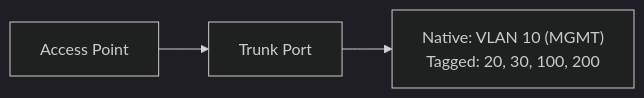
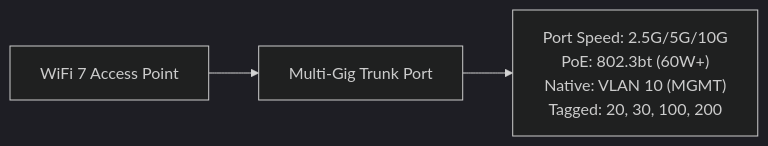
One commit to NewOrleansITI/networkstandards changed the fourth of 7 diagrams in docs/ethernet/port-configurations.md. Above: the diagram before and after it, drawn with Mermaid (dark theme). The commit also changed other lines of this file and 4 other files, not shown here.

````diff
--- a/docs/ethernet/port-configurations.md
+++ b/docs/ethernet/port-configurations.md
@@ -197,5 +202,5 @@
 ```mermaid
 flowchart LR
-    AP[Access Point] --> TRUNK[Trunk Port]
-    TRUNK --> VLANS["Native: VLAN 10 (MGMT)<br/>Tagged: 20, 30, 100, 200"]
+    AP[WiFi 7 Access Point] --> PORT[Multi-Gig Trunk Port]
+    PORT --> CONFIG["Port Speed: 2.5G/5G/10G<br/>PoE: 802.3bt (60W+)<br/>Native: VLAN 10 (MGMT)<br/>Tagged: 20, 30, 100, 200"]
 ```
````
